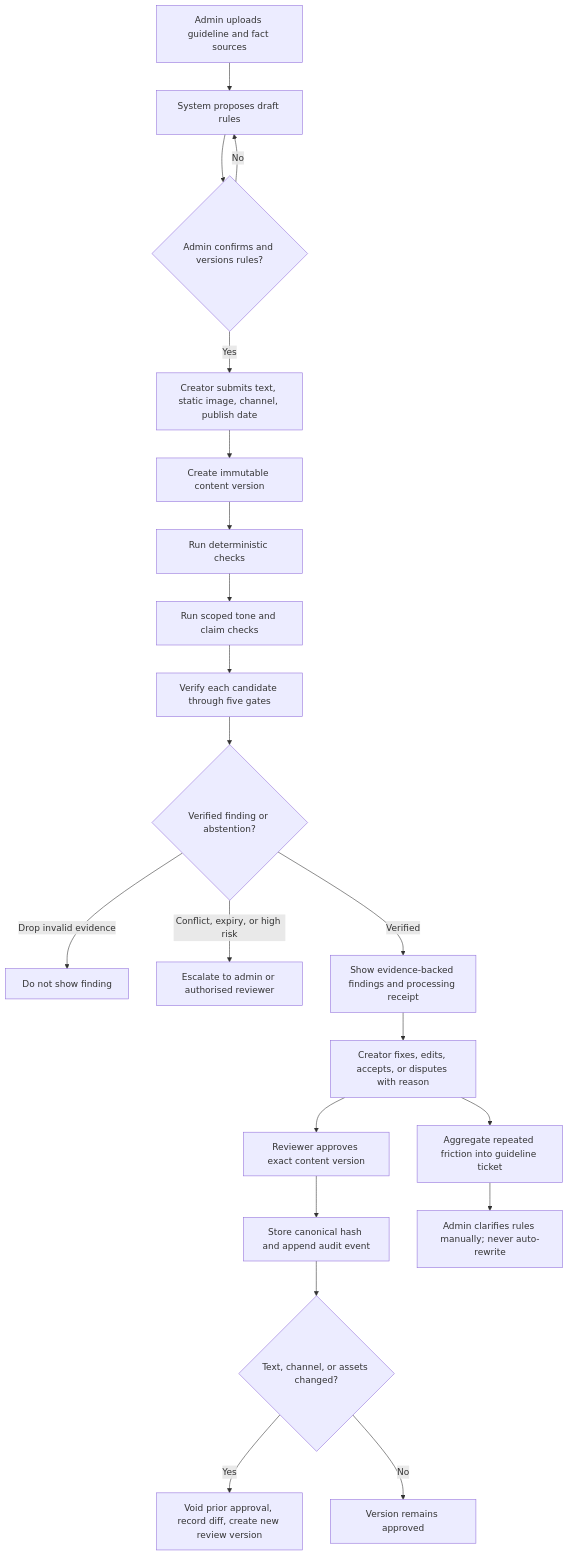
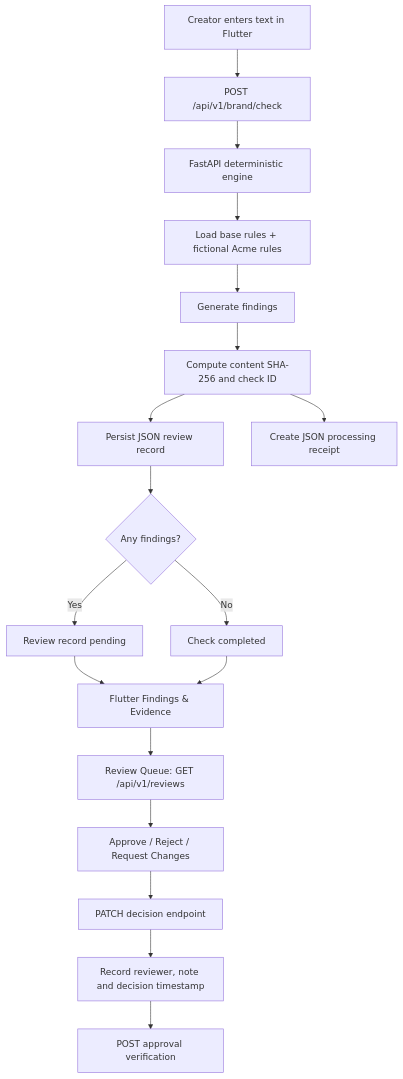
Before and after one commit to Logical-Sprinters/CodeNova: the diagram in docs/app-flow.md, drawn with Mermaid. The commit also changed other lines of this file and 12 other files, not shown here.

````diff
--- a/docs/app-flow.md
+++ b/docs/app-flow.md
@@ -16,23 +7,20 @@
 ```mermaid
 flowchart TD
-    A[Admin uploads guideline and fact sources] --> B[System proposes draft rules]
-    B --> C{Admin confirms and versions rules?}
-    C -- No --> B
-    C -- Yes --> D[Creator submits text, static image, channel, publish date]
-    D --> E[Create immutable content version]
-    E --> F[Run deterministic checks]
-    F --> G[Run scoped tone and claim checks]
-    G --> H[Verify each candidate through five gates]
-    H --> I{Verified finding or abstention?}
-    I -- Drop invalid evidence --> J[Do not show finding]
-    I -- Conflict, expiry, or high risk --> K[Escalate to admin or authorised reviewer]
-    I -- Verified --> L[Show evidence-backed findings and processing receipt]
-    L --> M[Creator fixes, edits, accepts, or disputes with reason]
-    M --> N[Reviewer approves exact content version]
-    N --> O[Store canonical hash and append audit event]
-    O --> P{Text, channel, or assets changed?}
-    P -- Yes --> Q[Void prior approval, record diff, create new review version]
-    P -- No --> R[Version remains approved]
-    M --> S[Aggregate repeated friction into guideline ticket]
-    S --> T[Admin clarifies rules manually; never auto-rewrite]
+    A[Creator enters text in Flutter] --> B[POST /api/v1/brand/check]
+    B --> C[FastAPI deterministic engine]
+    C --> D[Load base rules + fictional Acme rules]
+    D --> E[Generate findings]
+    E --> F[Compute content SHA-256 and check ID]
+    F --> G[Persist JSON review record]
+    F --> H[Create JSON processing receipt]
+    G --> I{Any findings?}
+    I -- Yes --> J[Review record pending]
+    I -- No --> K[Check completed]
+    J --> L[Flutter Findings & Evidence]
+    K --> L
+    L --> M[Review Queue: GET /api/v1/reviews]
+    M --> N[Approve / Reject / Request Changes]
+    N --> O[PATCH decision endpoint]
+    O --> P[Record reviewer, note and decision timestamp]
+    P --> Q[POST approval verification]
 ```
````
